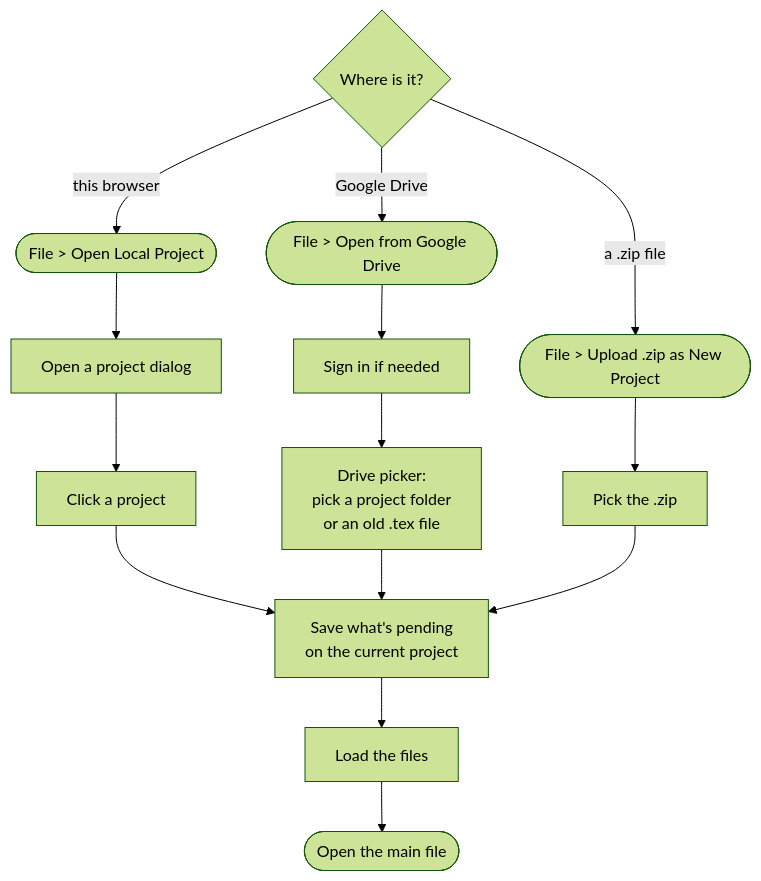
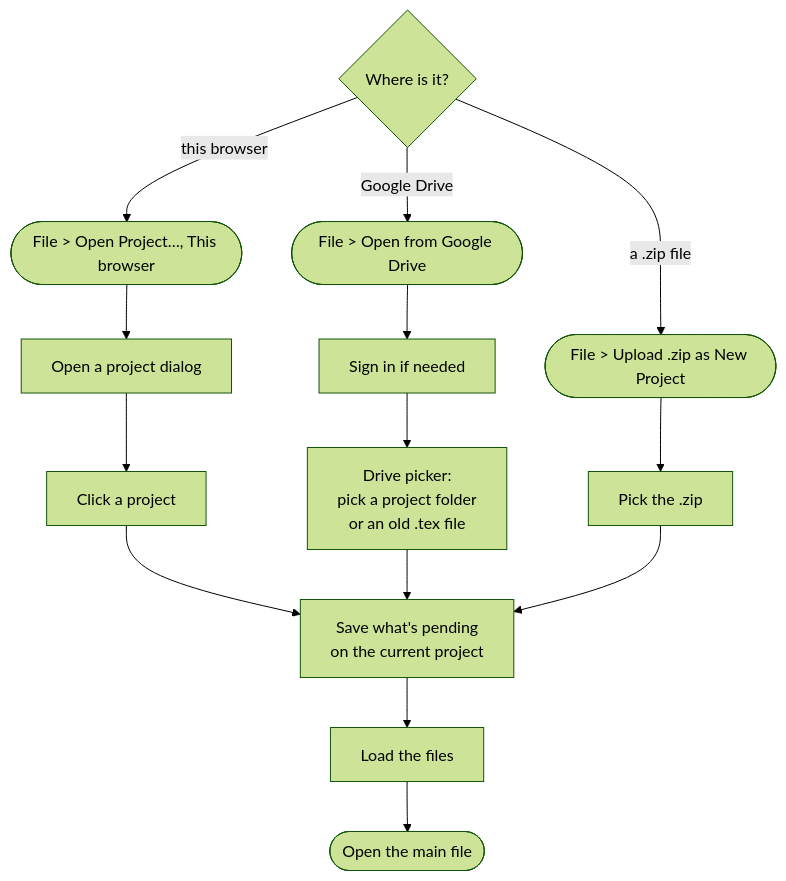
The fifth of 11 diagrams in docs/how-it-fits.md (PrestonHager/LaTeXCollaborativeEditor), drawn with Mermaid (forest theme) before and after one commit. The commit also changed other lines of this file and 34 other files, not shown here.

````diff
--- a/docs/how-it-fits.md
+++ b/docs/how-it-fits.md
@@ -147,17 +147,17 @@
 ```mermaid
 flowchart TD
     A{Where is it?}
-    A -- this browser --> B([File > Open Local Project])
+    A -- this browser --> B([File > Open Project…, This browser])
     B --> C[Open a project dialog]
     C --> D[Click a project]
     A -- Google Drive --> E([File > Open from Google Drive])
     E --> F[Sign in if needed]
     F --> G[Drive picker:<br/>pick a project folder<br/>or an old .tex file]
     A -- a .zip file --> H([File > Upload .zip as New Project])
     H --> I[Pick the .zip]
     D --> J[Save what's pending<br/>on the current project]
     G --> J
     I --> J
     J --> K[Load the files]
     K --> L([Open the main file])
 ```
````
